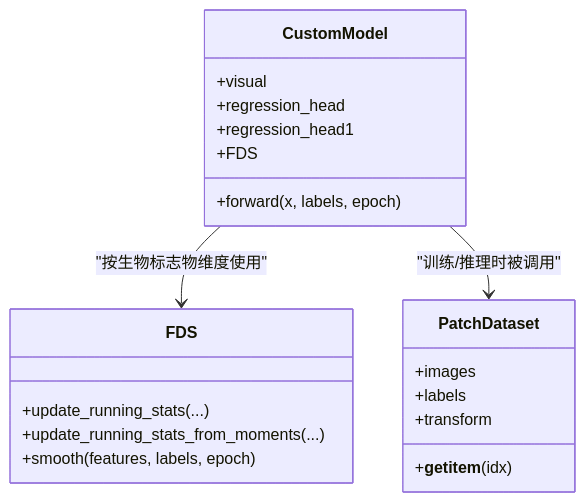
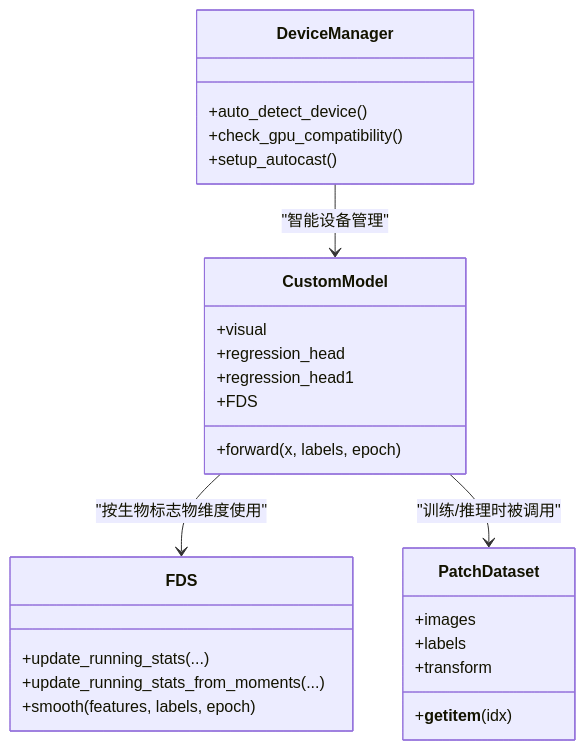
The third of 6 diagrams in .qoder/repowiki/zh/content/HEX模型架构/模型推理与评估.md (acproject/HEX), drawn with Mermaid before and after one commit. The commit also changed other lines of this file and 13 other files, not shown here.

````diff
--- a/.qoder/repowiki/zh/content/HEX模型架构/模型推理与评估.md
+++ b/.qoder/repowiki/zh/content/HEX模型架构/模型推理与评估.md
@@ -174,23 +178,29 @@
 ```mermaid
 classDiagram
 class CustomModel {
 +visual
 +regression_head
 +regression_head1
 +FDS
 +forward(x, labels, epoch)
 }
 class PatchDataset {
 +images
 +labels
 +transform
 +__getitem__(idx)
 }
 class FDS {
 +update_running_stats(...)
 +update_running_stats_from_moments(...)
 +smooth(features, labels, epoch)
 }
+class DeviceManager {
++auto_detect_device()
++check_gpu_compatibility()
++setup_autocast()
+}
 CustomModel --> FDS : "按生物标志物维度使用"
 CustomModel --> PatchDataset : "训练/推理时被调用"
+DeviceManager --> CustomModel : "智能设备管理"
 ```
````
